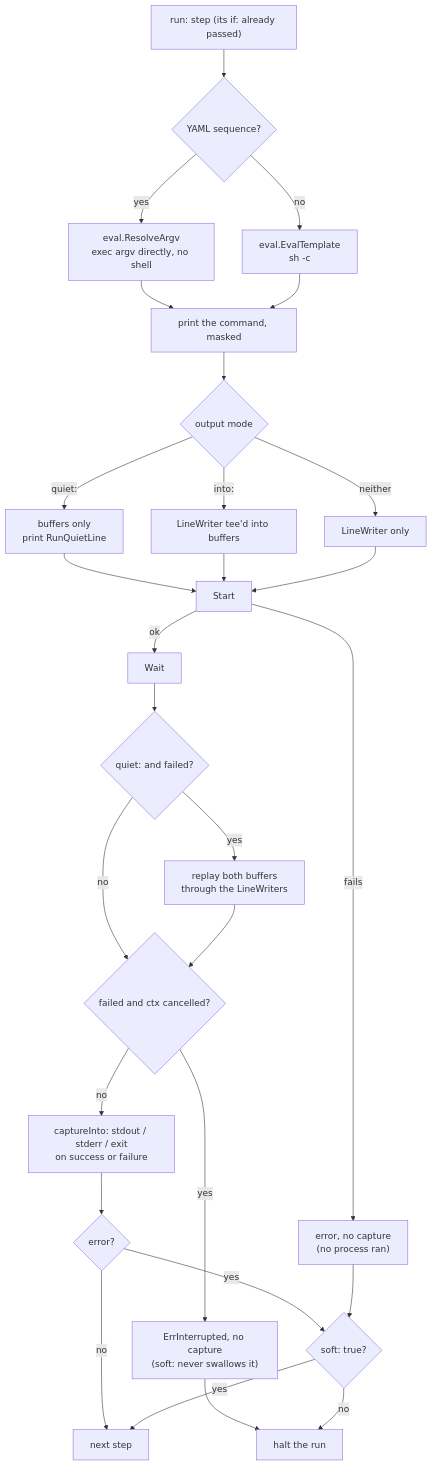
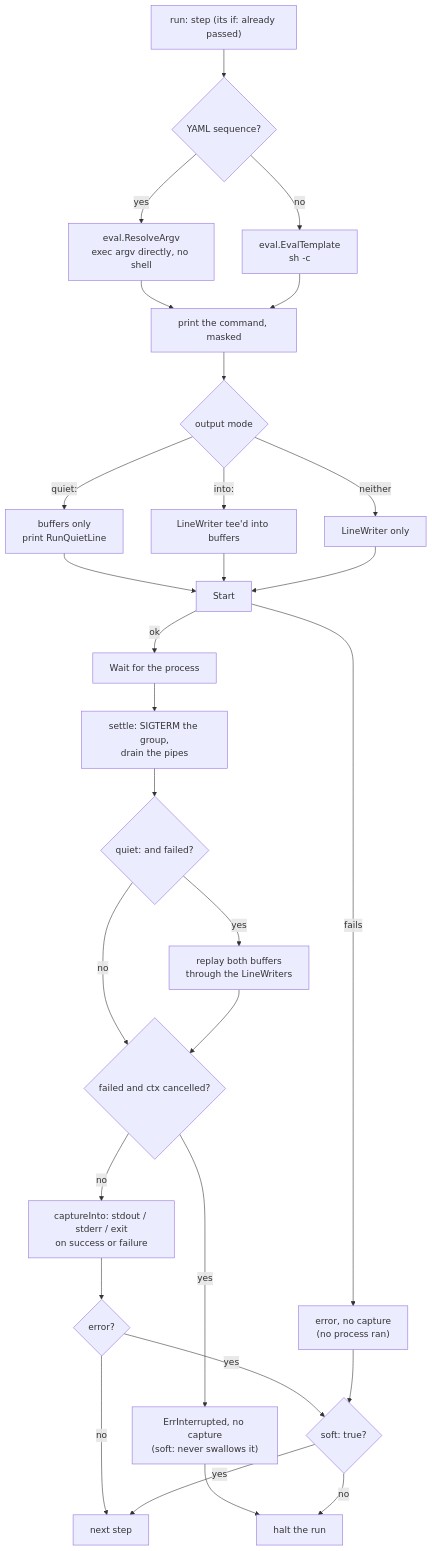
One commit to JakesMD/hobnob changed the fifth of 7 diagrams in ARCHITECTURE.md. Above: the diagram before and after it, drawn with Mermaid. The commit also changed other lines of this file and 13 other files, not shown here.

````diff
--- a/ARCHITECTURE.md
+++ b/ARCHITECTURE.md
@@ -337,30 +341,31 @@
 ```mermaid
 flowchart TD
     start["run: step (its if: already passed)"] --> form{"YAML sequence?"}
     form -- yes --> argv["eval.ResolveArgv<br/>exec argv directly, no shell"]
     form -- no --> sh["eval.EvalTemplate<br/>sh -c"]
     argv --> show["print the command, masked"]
     sh --> show
     show --> out{"output mode"}
     out -- "quiet:" --> quiet["buffers only<br/>print RunQuietLine"]
     out -- "into:" --> tee["LineWriter tee'd into buffers"]
     out -- neither --> live["LineWriter only"]
     quiet --> startp["Start"]
     tee --> startp
     live --> startp
     startp -- fails --> nocap["error, no capture<br/>(no process ran)"]
-    startp -- ok --> wait["Wait"]
-    wait --> replay{"quiet: and failed?"}
+    startp -- ok --> wait["Wait for the process"]
+    wait --> settle["settle: SIGTERM the group,<br/>drain the pipes"]
+    settle --> replay{"quiet: and failed?"}
     replay -- yes --> rp["replay both buffers<br/>through the LineWriters"]
     replay -- no --> intr
     rp --> intr{"failed and ctx cancelled?"}
     intr -- yes --> ei["ErrInterrupted, no capture<br/>(soft: never swallows it)"]
     intr -- no --> cap["captureInto: stdout / stderr / exit<br/>on success or failure"]
     cap --> res{"error?"}
     res -- no --> next["next step"]
     res -- yes --> soft{"soft: true?"}
     nocap --> soft
     ei --> halt
     soft -- yes --> next
     soft -- no --> halt["halt the run"]
 ```
````
